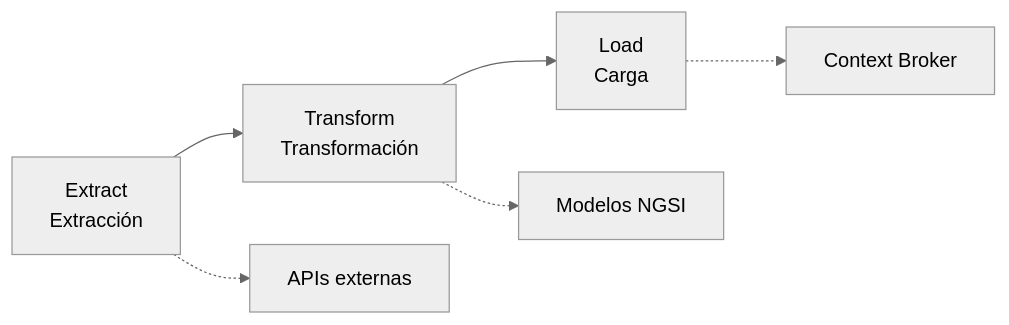
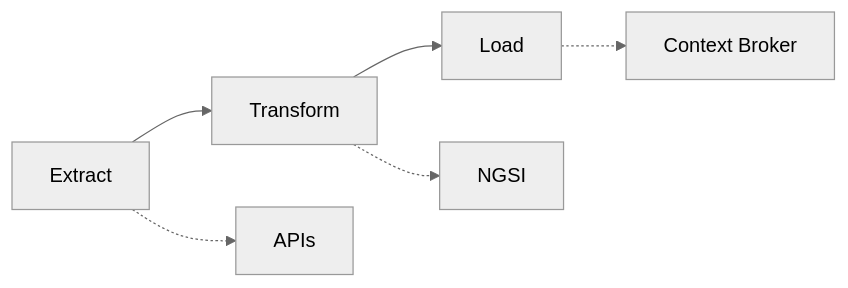
Before and after one commit to xfajardo06/projects: the first of 2 diagrams in docs/valencia/README_TRANSFERENCIA_CONOCIMIENTO_ETL.md, drawn with Mermaid (neutral theme). The commit also changed other lines of this file, not shown here.

````diff
--- a/docs/valencia/README_TRANSFERENCIA_CONOCIMIENTO_ETL.md
+++ b/docs/valencia/README_TRANSFERENCIA_CONOCIMIENTO_ETL.md
@@ -20,7 +10,7 @@
 ```mermaid
 flowchart LR
-    A[Extract<br/>Extracción] --> B[Transform<br/>Transformación] --> C[Load<br/>Carga]
-    A -.-> A1[APIs externas]
-    B -.-> B1[Modelos NGSI]
+    A[Extract] --> B[Transform] --> C[Load]
+    A -.-> A1[APIs]
+    B -.-> B1[NGSI]
     C -.-> C1[Context Broker]
 ```
````
